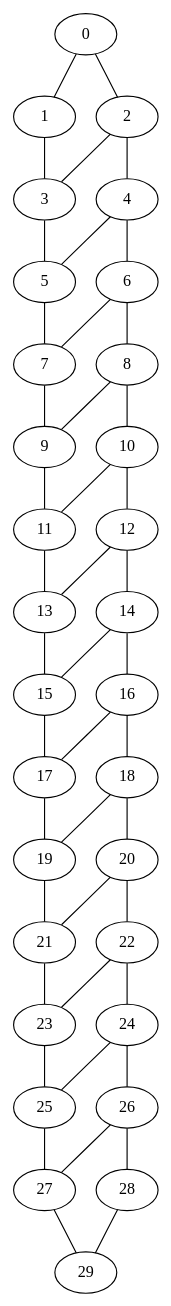
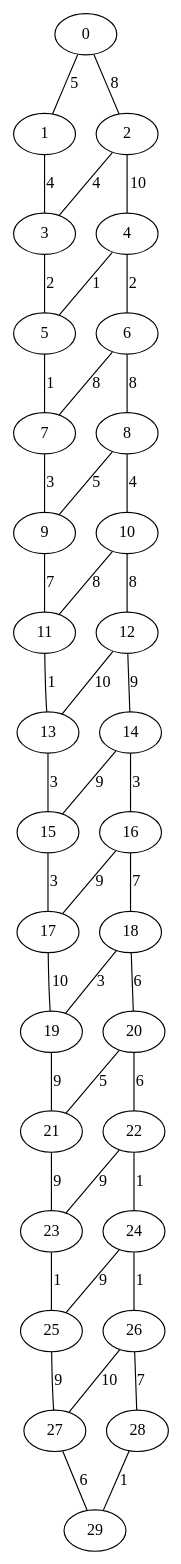
Before and after one commit to HugoBec/graph: the diagram in gv/Mesh_30.gv, drawn with Graphviz. The commit also changed 87 other files, not shown here.

```diff
--- a/gv/Mesh_30.gv
+++ b/gv/Mesh_30.gv
@@ -1,75 +1,75 @@
 graph {
 	0 [label=0]
 	1 [label=1]
 	2 [label=2]
 	3 [label=3]
 	4 [label=4]
 	5 [label=5]
 	6 [label=6]
 	7 [label=7]
 	8 [label=8]
 	9 [label=9]
 	10 [label=10]
 	11 [label=11]
 	12 [label=12]
 	13 [label=13]
 	14 [label=14]
 	15 [label=15]
 	16 [label=16]
 	17 [label=17]
 	18 [label=18]
 	19 [label=19]
 	20 [label=20]
 	21 [label=21]
 	22 [label=22]
 	23 [label=23]
 	24 [label=24]
 	25 [label=25]
 	26 [label=26]
 	27 [label=27]
 	28 [label=28]
 	29 [label=29]
-	0 -- 2
-	0 -- 1
-	1 -- 3
-	2 -- 4
-	2 -- 3
-	3 -- 5
-	4 -- 6
-	4 -- 5
-	5 -- 7
-	6 -- 8
-	6 -- 7
-	7 -- 9
-	8 -- 10
-	8 -- 9
-	9 -- 11
-	10 -- 12
-	10 -- 11
-	11 -- 13
-	12 -- 14
-	12 -- 13
-	13 -- 15
-	14 -- 16
-	14 -- 15
-	15 -- 17
-	16 -- 18
-	16 -- 17
-	17 -- 19
-	18 -- 20
-	18 -- 19
-	19 -- 21
-	20 -- 22
-	20 -- 21
-	21 -- 23
-	22 -- 24
-	22 -- 23
-	23 -- 25
-	24 -- 26
-	24 -- 25
-	25 -- 27
-	26 -- 28
-	26 -- 27
-	27 -- 29
-	28 -- 29
+	0 -- 2 [label=8]
+	0 -- 1 [label=5]
+	1 -- 3 [label=4]
+	2 -- 4 [label=10]
+	2 -- 3 [label=4]
+	3 -- 5 [label=2]
+	4 -- 6 [label=2]
+	4 -- 5 [label=1]
+	5 -- 7 [label=1]
+	6 -- 8 [label=8]
+	6 -- 7 [label=8]
+	7 -- 9 [label=3]
+	8 -- 10 [label=4]
+	8 -- 9 [label=5]
+	9 -- 11 [label=7]
+	10 -- 12 [label=8]
+	10 -- 11 [label=8]
+	11 -- 13 [label=1]
+	12 -- 14 [label=9]
+	12 -- 13 [label=10]
+	13 -- 15 [label=3]
+	14 -- 16 [label=3]
+	14 -- 15 [label=9]
+	15 -- 17 [label=3]
+	16 -- 18 [label=7]
+	16 -- 17 [label=9]
+	17 -- 19 [label=10]
+	18 -- 20 [label=6]
+	18 -- 19 [label=3]
+	19 -- 21 [label=9]
+	20 -- 22 [label=6]
+	20 -- 21 [label=5]
+	21 -- 23 [label=9]
+	22 -- 24 [label=1]
+	22 -- 23 [label=9]
+	23 -- 25 [label=1]
+	24 -- 26 [label=1]
+	24 -- 25 [label=9]
+	25 -- 27 [label=9]
+	26 -- 28 [label=7]
+	26 -- 27 [label=10]
+	27 -- 29 [label=6]
+	28 -- 29 [label=1]
 }
```
